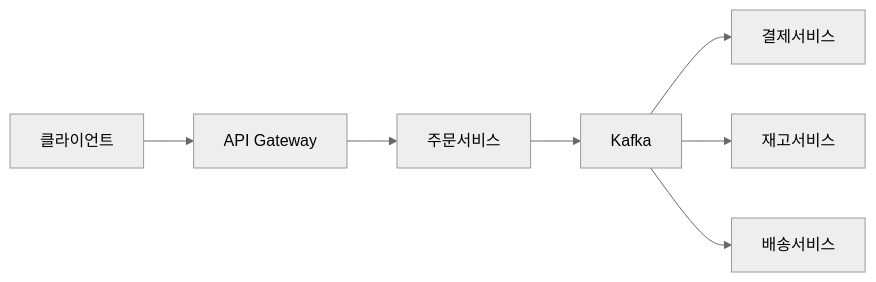
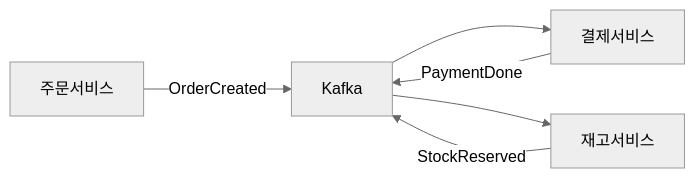
The first of 4 diagrams in _posts/systemdesign/2026-05-11-system-design-order.md (yjkim2015/yjkim2015.github.io), drawn with Mermaid (neutral theme) before and after one commit. The commit also changed other lines of this file and 4 other files, not shown here.

````diff
--- a/_posts/systemdesign/2026-05-11-system-design-order.md
+++ b/_posts/systemdesign/2026-05-11-system-design-order.md
@@ -134,9 +300,8 @@
 ```mermaid
 graph LR
-    A[클라이언트] --> B[API Gateway]
-    B --> C[주문서비스]
-    C --> D[Kafka]
-    D --> E[결제서비스]
-    D --> F[재고서비스]
-    D --> G[배송서비스]
+    A[주문서비스] -->|OrderCreated| B[Kafka]
+    B --> C[결제서비스]
+    B --> D[재고서비스]
+    C -->|PaymentDone| B
+    D -->|StockReserved| B
 ```
````
